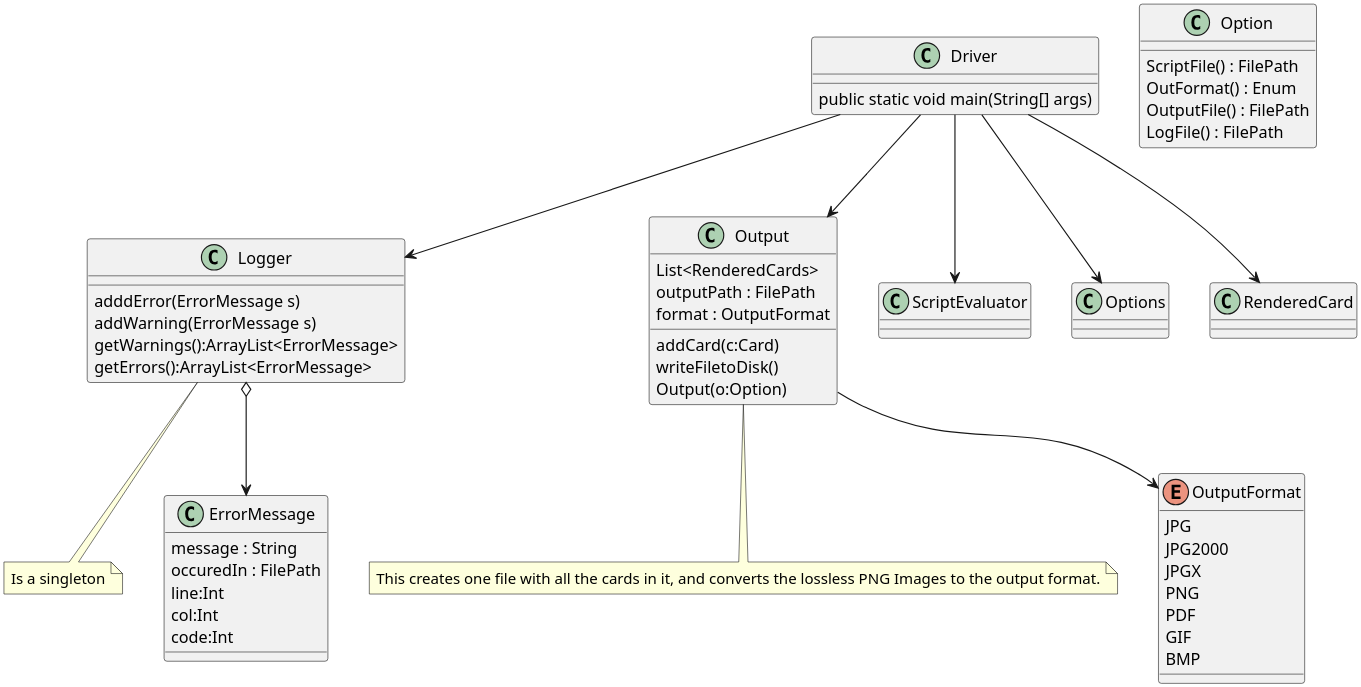
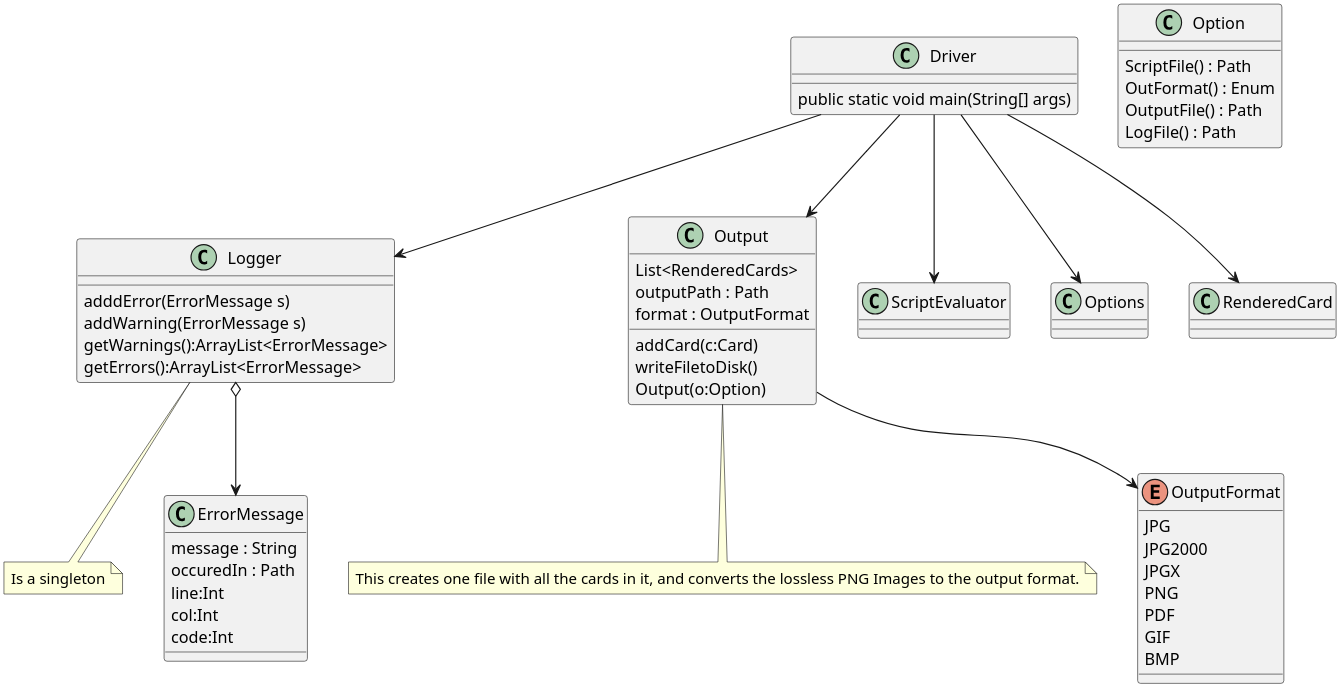
The diagram in Driver.org (MatthewBregg/DesignPatternsRepo), drawn with PlantUML before and after one commit. The commit also changed 4 other files, not shown here.

```diff
--- a/Driver.org
+++ b/Driver.org
@@ -92,62 +92,62 @@
 #+BEGIN_SRC plantuml :file DriverUML.png
 skinparam dpi 300
 
 class Logger
 Logger : adddError(ErrorMessage s)
 Logger : addWarning(ErrorMessage s)
 Logger : getWarnings():ArrayList<ErrorMessage>
 Logger : getErrors():ArrayList<ErrorMessage>
 
 note bottom : Is a singleton
 
 
 class ErrorMessage
 ErrorMessage : message : String
-ErrorMessage : occuredIn : FilePath
+ErrorMessage : occuredIn : Path
 ErrorMessage : line:Int
 ErrorMessage : col:Int
 ErrorMessage : code:Int
 
 Logger o--> ErrorMessage 
 
 class Option
-Option : ScriptFile() : FilePath
+Option : ScriptFile() : Path
 Option : OutFormat() : Enum
-Option : OutputFile() : FilePath
-Option : LogFile() : FilePath
+Option : OutputFile() : Path
+Option : LogFile() : Path
 
 class Output
 Output : List<RenderedCards>
-Output : outputPath : FilePath
+Output : outputPath : Path
 Output : format : OutputFormat
 Output : addCard(c:Card)
 Output : writeFiletoDisk() 
 Output : Output(o:Option)
 note bottom : This creates one file with all the cards in it, and converts the lossless PNG Images to the output format. 
 
 
 enum OutputFormat {
   JPG
   JPG2000
   JPGX
   PNG
   PDF
   GIF
   BMP
 }
 
 class Driver
 Driver : public static void main(String[] args)
 
 Output --> OutputFormat
 
 Driver --> Output
 Driver --> ScriptEvaluator
 Driver --> Options
 Driver --> Logger
 Driver --> RenderedCard
   
 
 
 
 #+END_SRC
```
